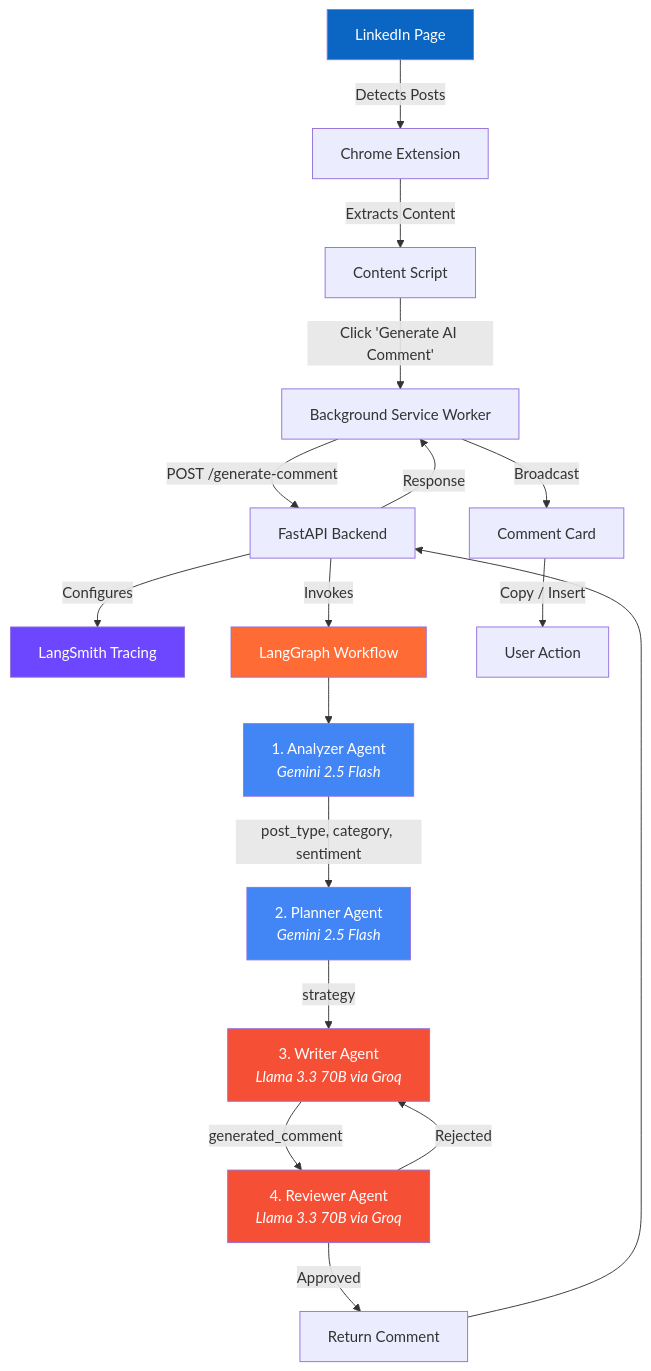
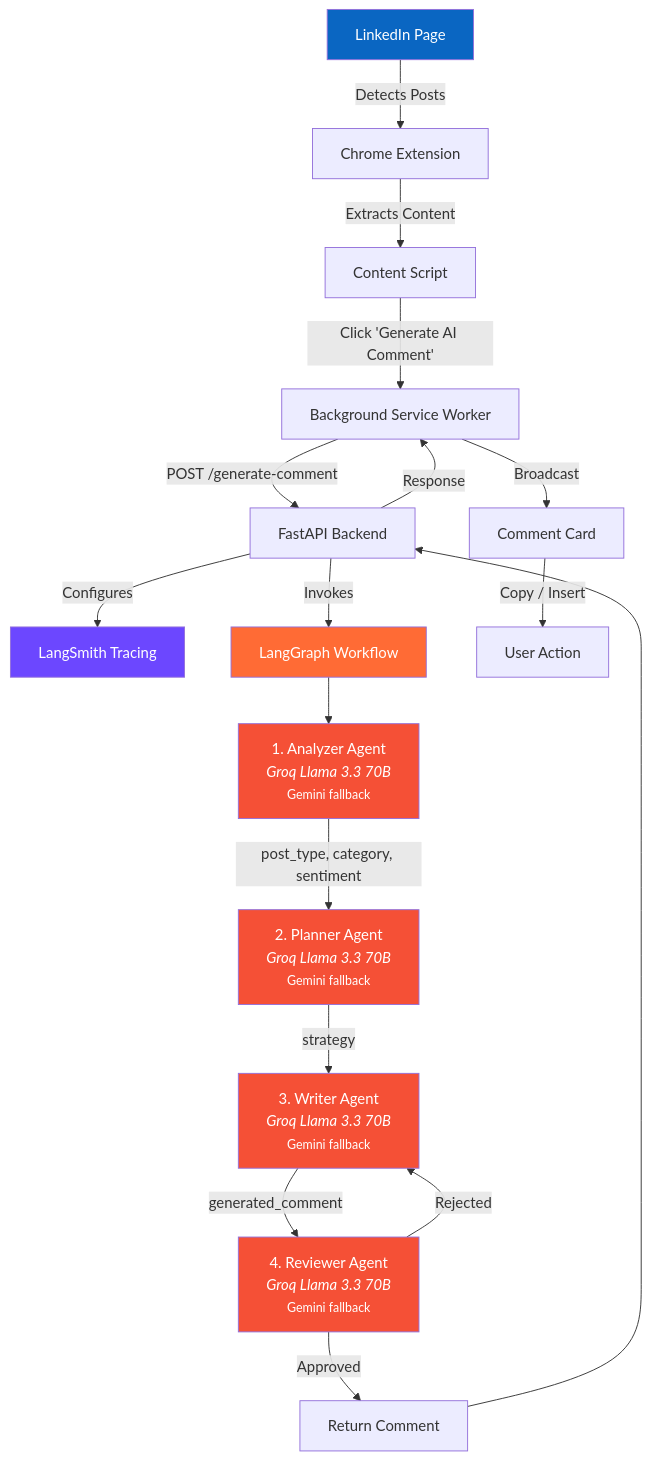
The first of 4 diagrams in README.md (himanshu231204/linkedin-ai-comment-copilot), drawn with Mermaid before and after one commit. The commit also changed other lines of this file and 4 other files, not shown here.

````diff
--- a/README.md
+++ b/README.md
@@ -75,30 +76,30 @@
 ```mermaid
 graph TD
     A[LinkedIn Page] -->|Detects Posts| B[Chrome Extension]
     B -->|Extracts Content| C[Content Script]
     C -->|"Click 'Generate AI Comment'"| D[Background Service Worker]
     D -->|"POST /generate-comment"| E[FastAPI Backend]
     E -->|Configures| LS[LangSmith Tracing]
     E -->|Invokes| F[LangGraph Workflow]
     
-    F --> G["1. Analyzer Agent<br/><i>Gemini 2.5 Flash</i>"]
-    G -->|post_type, category, sentiment| H["2. Planner Agent<br/><i>Gemini 2.5 Flash</i>"]
-    H -->|strategy| I["3. Writer Agent<br/><i>Llama 3.3 70B via Groq</i>"]
-    I -->|generated_comment| J["4. Reviewer Agent<br/><i>Llama 3.3 70B via Groq</i>"]
+    F --> G["1. Analyzer Agent<br/><i>Groq Llama 3.3 70B</i><br/><small>Gemini fallback</small>"]
+    G -->|post_type, category, sentiment| H["2. Planner Agent<br/><i>Groq Llama 3.3 70B</i><br/><small>Gemini fallback</small>"]
+    H -->|strategy| I["3. Writer Agent<br/><i>Groq Llama 3.3 70B</i><br/><small>Gemini fallback</small>"]
+    I -->|generated_comment| J["4. Reviewer Agent<br/><i>Groq Llama 3.3 70B</i><br/><small>Gemini fallback</small>"]
     
     J -->|Approved| K[Return Comment]
     J -->|Rejected| I
     
     K --> E
     E -->|Response| D
     D -->|Broadcast| L[Comment Card]
     L -->|Copy / Insert| M[User Action]
     
     style A fill:#0A66C2,color:#fff
     style F fill:#FF6B35,color:#fff
-    style G fill:#4285F4,color:#fff
-    style H fill:#4285F4,color:#fff
+    style G fill:#F55036,color:#fff
+    style H fill:#F55036,color:#fff
     style I fill:#F55036,color:#fff
     style J fill:#F55036,color:#fff
     style LS fill:#6C47FF,color:#fff
 ```
````
